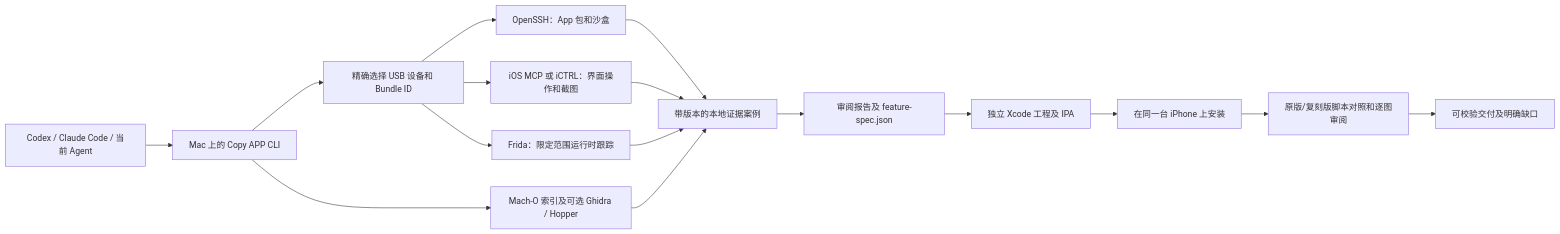
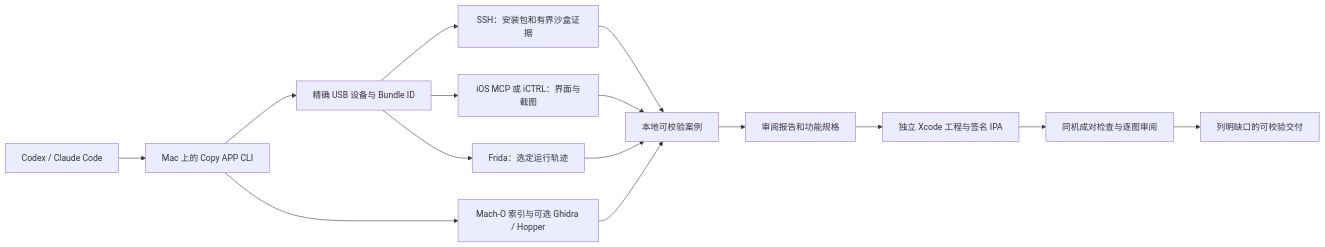
One commit to everettjf/copyapp changed the diagram in README.zh-CN.md. Above: the diagram before and after it, drawn with Mermaid. The commit also changed other lines of this file and 230 other files, not shown here.

````diff
--- a/README.zh-CN.md
+++ b/README.zh-CN.md
@@ -85,18 +38,17 @@
 ```mermaid
 flowchart LR
-  A[Codex / Claude Code / 当前 Agent] --> B[Mac 上的 Copy APP CLI]
-  B --> C[精确选择 USB 设备和 Bundle ID]
-  C --> D[OpenSSH：App 包和沙盒]
-  C --> E[iOS MCP 或 iCTRL：界面操作和截图]
-  C --> F[Frida：限定范围运行时跟踪]
-  D --> G[带版本的本地证据案例]
+  A[Codex / Claude Code] --> B[Mac 上的 Copy APP CLI]
+  B --> C[精确 USB 设备与 Bundle ID]
+  C --> D[SSH：安装包和有界沙盒证据]
+  C --> E[iOS MCP 或 iCTRL：界面与截图]
+  C --> F[Frida：选定运行轨迹]
+  D --> G[本地可校验案例]
   E --> G
   F --> G
-  B --> H[Mach-O 索引及可选 Ghidra / Hopper]
+  B --> H[Mach-O 索引与可选 Ghidra / Hopper]
   H --> G
-  G --> I[审阅报告及 feature-spec.json]
-  I --> J[独立 Xcode 工程及 IPA]
-  J --> K[在同一台 iPhone 上安装]
-  K --> L[原版/复刻版脚本对照和逐图审阅]
-  L --> M[可校验交付及明确缺口]
+  G --> I[审阅报告和功能规格]
+  I --> J[独立 Xcode 工程与签名 IPA]
+  J --> K[同机成对检查与逐图审阅]
+  K --> L[列明缺口的可校验交付]
 ```
````
